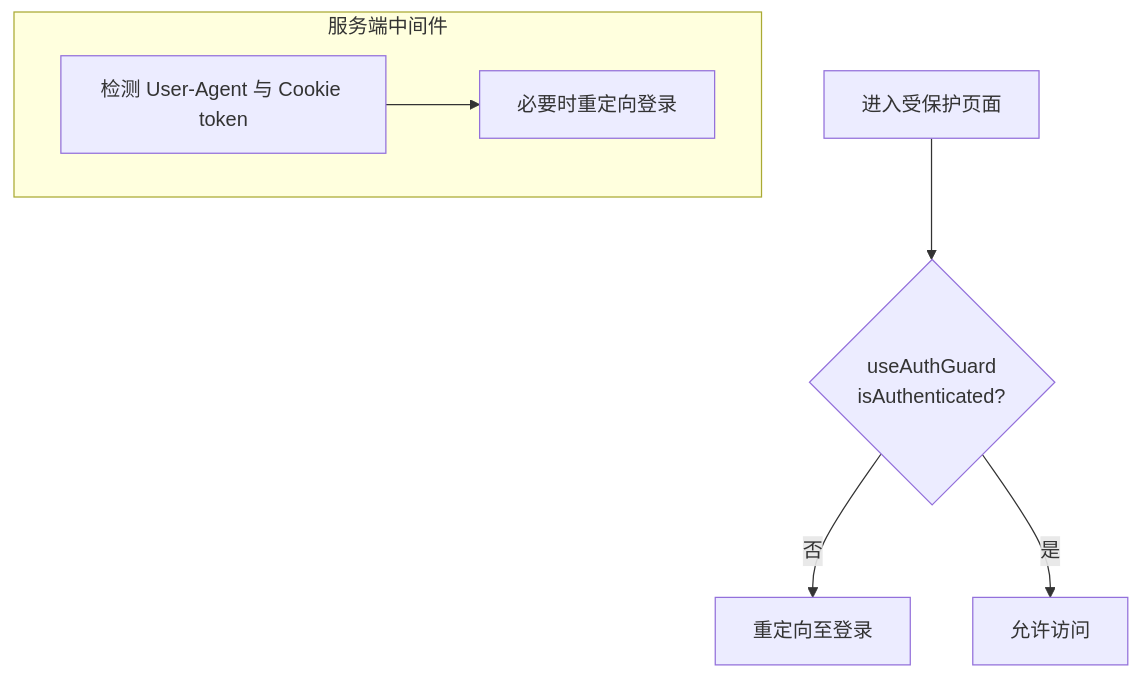
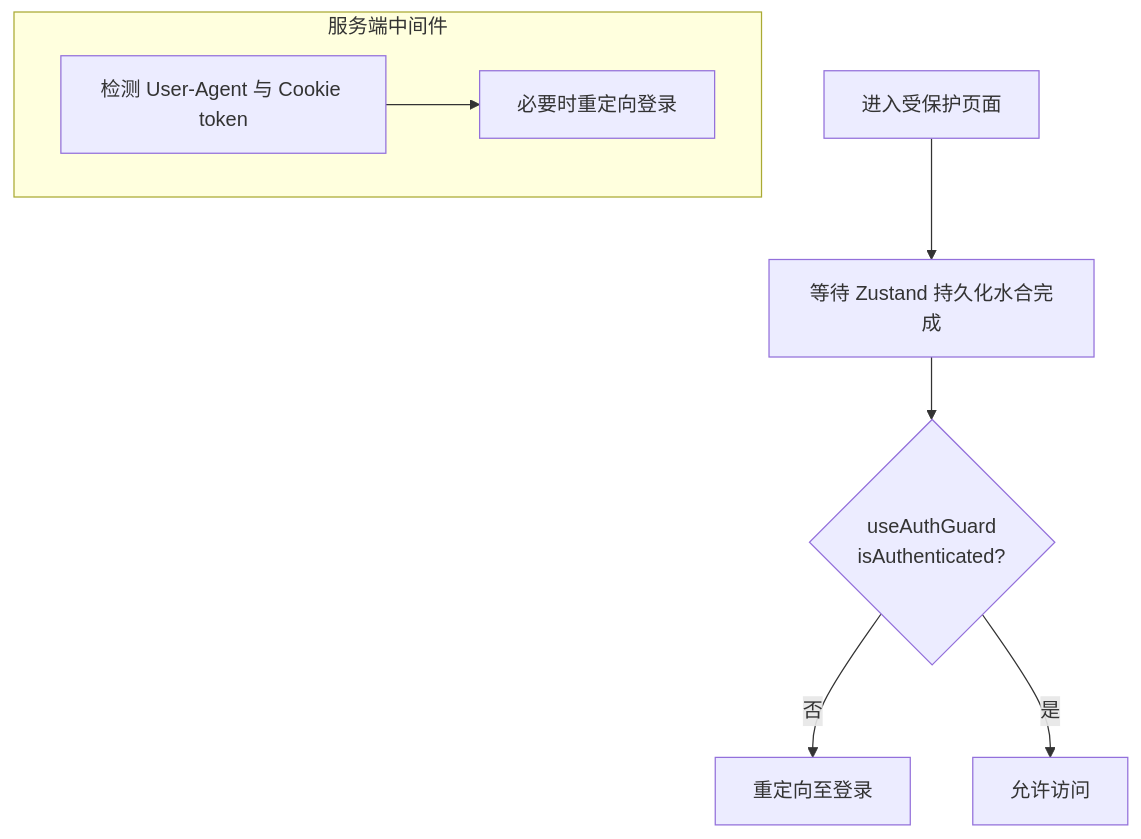
One commit to gujialind/InvestRing changed the sixth of 7 diagrams in .qoder/repowiki/zh/content/认证与安全/前端认证状态管理.md. Above: the diagram before and after it, drawn with Mermaid. The commit also changed other lines of this file and 15 other files, not shown here.

````diff
--- a/.qoder/repowiki/zh/content/认证与安全/前端认证状态管理.md
+++ b/.qoder/repowiki/zh/content/认证与安全/前端认证状态管理.md
@@ -315,10 +325,11 @@
 ```mermaid
 flowchart TD
-Enter["进入受保护页面"] --> UA{"useAuthGuard<br/>isAuthenticated?"}
+Enter["进入受保护页面"] --> Hydration["等待 Zustand 持久化水合完成"]
+Hydration --> UA{"useAuthGuard<br/>isAuthenticated?"}
 UA -- 否 --> GoLogin["重定向至登录"]
 UA -- 是 --> Proceed["允许访问"]
 subgraph "服务端中间件"
 Detect["检测 User-Agent 与 Cookie token"]
 Detect --> RedirectMW["必要时重定向登录"]
 end
 ```
````
